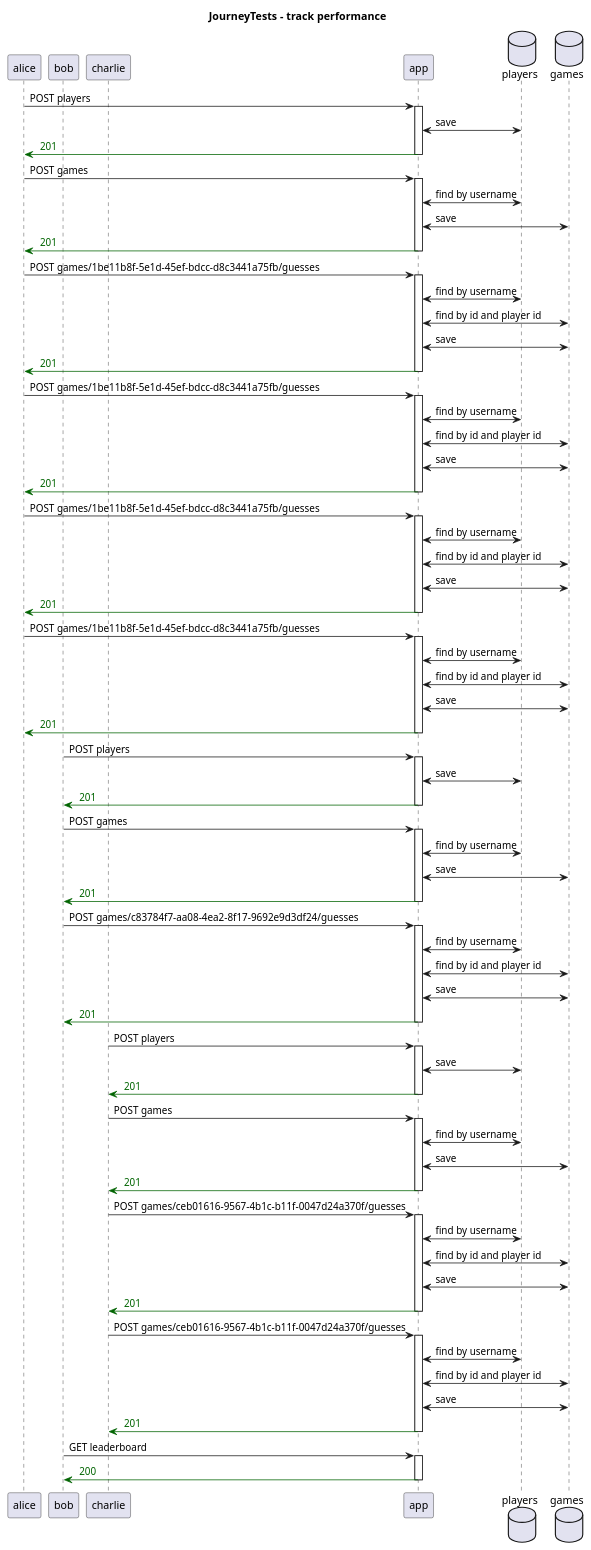
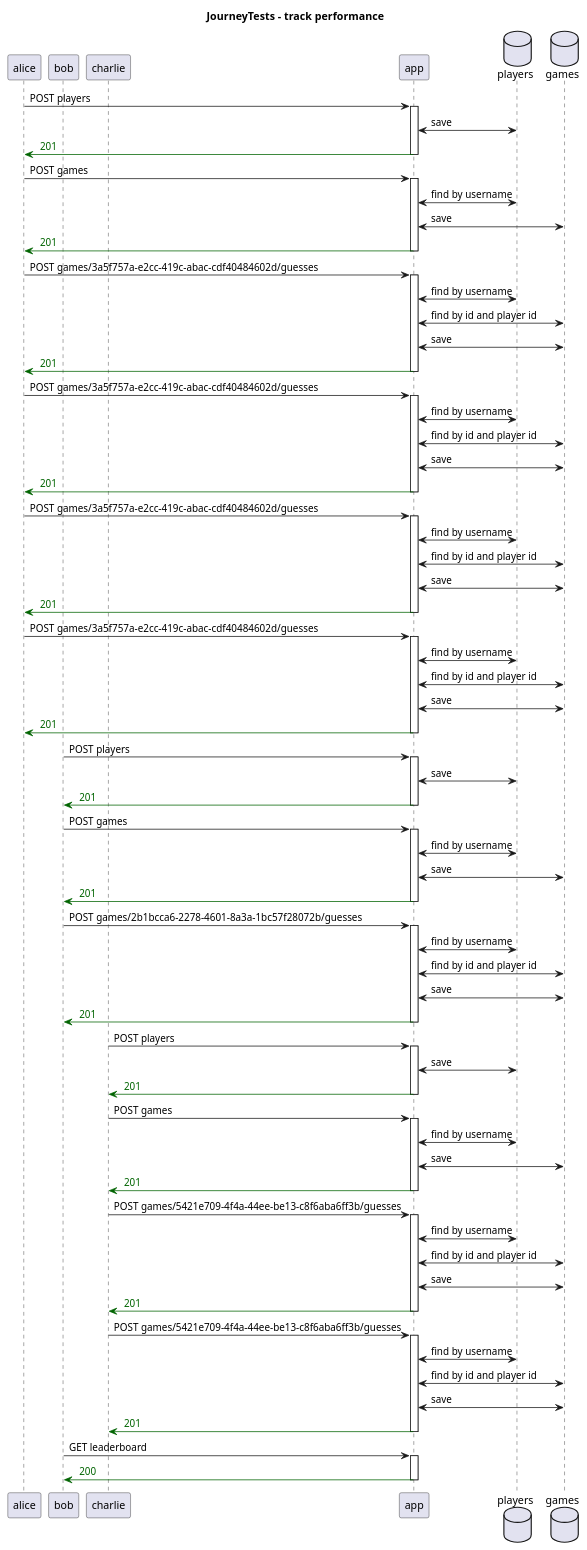
The diagram in docs/system/generated/JourneyTests - track performance - Sequence.puml (th3n3rd/http4k-playground), drawn with PlantUML before and after one commit. The commit also changed 7 other files, not shown here.

```diff
--- a/docs/system/generated/JourneyTests - track performance - Sequence.puml
+++ b/docs/system/generated/JourneyTests - track performance - Sequence.puml
@@ -1,96 +1,96 @@
 @startuml
 title JourneyTests - track performance
 participant "alice"
 participant "bob"
 participant "charlie"
 participant "app"
 database "players"
 database "games"
 "alice" -> "app": POST players
 activate "app"
 "app" <-> "players": save
 "app" -[#DarkGreen]> "alice": <color:DarkGreen> 201 
 deactivate "app"
 "alice" -> "app": POST games
 activate "app"
 "app" <-> "players": find by username
 "app" <-> "games": save
 "app" -[#DarkGreen]> "alice": <color:DarkGreen> 201 
 deactivate "app"
-"alice" -> "app": POST games/1be11b8f-5e1d-45ef-bdcc-d8c3441a75fb/guesses
+"alice" -> "app": POST games/3a5f757a-e2cc-419c-abac-cdf40484602d/guesses
 activate "app"
 "app" <-> "players": find by username
 "app" <-> "games": find by id and player id
 "app" <-> "games": save
 "app" -[#DarkGreen]> "alice": <color:DarkGreen> 201 
 deactivate "app"
-"alice" -> "app": POST games/1be11b8f-5e1d-45ef-bdcc-d8c3441a75fb/guesses
+"alice" -> "app": POST games/3a5f757a-e2cc-419c-abac-cdf40484602d/guesses
 activate "app"
 "app" <-> "players": find by username
 "app" <-> "games": find by id and player id
 "app" <-> "games": save
 "app" -[#DarkGreen]> "alice": <color:DarkGreen> 201 
 deactivate "app"
-"alice" -> "app": POST games/1be11b8f-5e1d-45ef-bdcc-d8c3441a75fb/guesses
+"alice" -> "app": POST games/3a5f757a-e2cc-419c-abac-cdf40484602d/guesses
 activate "app"
 "app" <-> "players": find by username
 "app" <-> "games": find by id and player id
 "app" <-> "games": save
 "app" -[#DarkGreen]> "alice": <color:DarkGreen> 201 
 deactivate "app"
-"alice" -> "app": POST games/1be11b8f-5e1d-45ef-bdcc-d8c3441a75fb/guesses
+"alice" -> "app": POST games/3a5f757a-e2cc-419c-abac-cdf40484602d/guesses
 activate "app"
 "app" <-> "players": find by username
 "app" <-> "games": find by id and player id
 "app" <-> "games": save
 "app" -[#DarkGreen]> "alice": <color:DarkGreen> 201 
 deactivate "app"
 "bob" -> "app": POST players
 activate "app"
 "app" <-> "players": save
 "app" -[#DarkGreen]> "bob": <color:DarkGreen> 201 
 deactivate "app"
 "bob" -> "app": POST games
 activate "app"
 "app" <-> "players": find by username
 "app" <-> "games": save
 "app" -[#DarkGreen]> "bob": <color:DarkGreen> 201 
 deactivate "app"
-"bob" -> "app": POST games/c83784f7-aa08-4ea2-8f17-9692e9d3df24/guesses
+"bob" -> "app": POST games/2b1bcca6-2278-4601-8a3a-1bc57f28072b/guesses
 activate "app"
 "app" <-> "players": find by username
 "app" <-> "games": find by id and player id
 "app" <-> "games": save
 "app" -[#DarkGreen]> "bob": <color:DarkGreen> 201 
 deactivate "app"
 "charlie" -> "app": POST players
 activate "app"
 "app" <-> "players": save
 "app" -[#DarkGreen]> "charlie": <color:DarkGreen> 201 
 deactivate "app"
 "charlie" -> "app": POST games
 activate "app"
 "app" <-> "players": find by username
 "app" <-> "games": save
 "app" -[#DarkGreen]> "charlie": <color:DarkGreen> 201 
 deactivate "app"
-"charlie" -> "app": POST games/ceb01616-9567-4b1c-b11f-0047d24a370f/guesses
+"charlie" -> "app": POST games/5421e709-4f4a-44ee-be13-c8f6aba6ff3b/guesses
 activate "app"
 "app" <-> "players": find by username
 "app" <-> "games": find by id and player id
 "app" <-> "games": save
 "app" -[#DarkGreen]> "charlie": <color:DarkGreen> 201 
 deactivate "app"
-"charlie" -> "app": POST games/ceb01616-9567-4b1c-b11f-0047d24a370f/guesses
+"charlie" -> "app": POST games/5421e709-4f4a-44ee-be13-c8f6aba6ff3b/guesses
 activate "app"
 "app" <-> "players": find by username
 "app" <-> "games": find by id and player id
 "app" <-> "games": save
 "app" -[#DarkGreen]> "charlie": <color:DarkGreen> 201 
 deactivate "app"
 "bob" -> "app": GET leaderboard
 activate "app"
 
 "app" -[#DarkGreen]> "bob": <color:DarkGreen> 200 
 deactivate "app"
 @enduml
```
